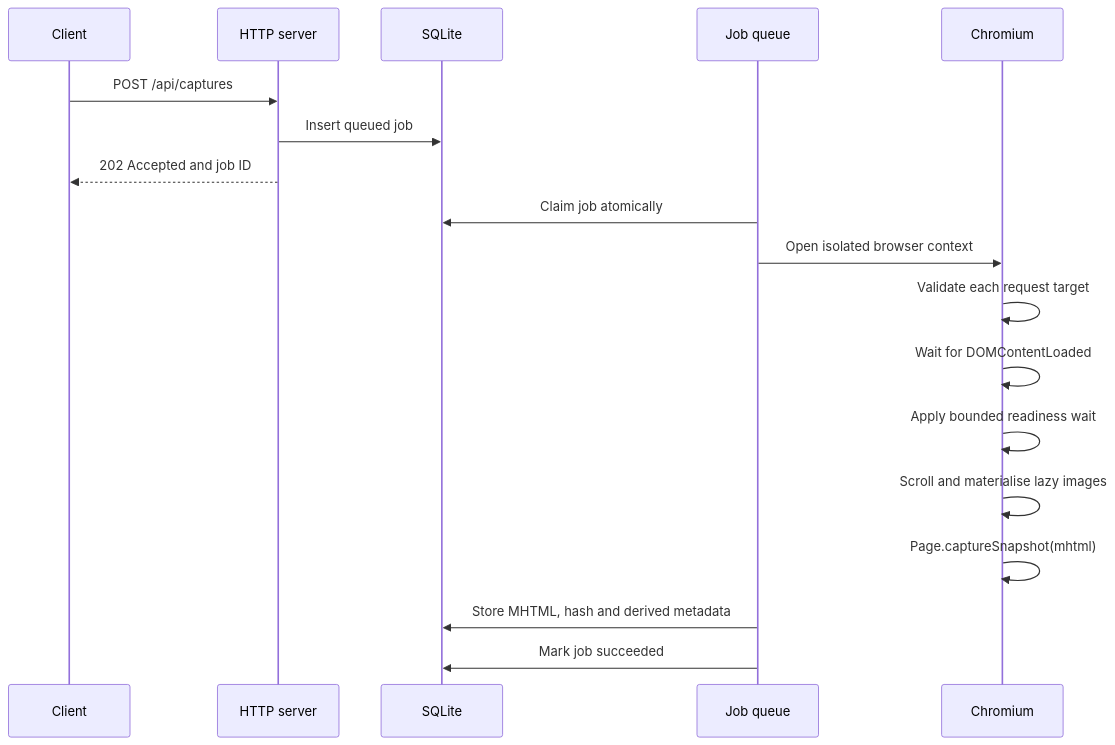
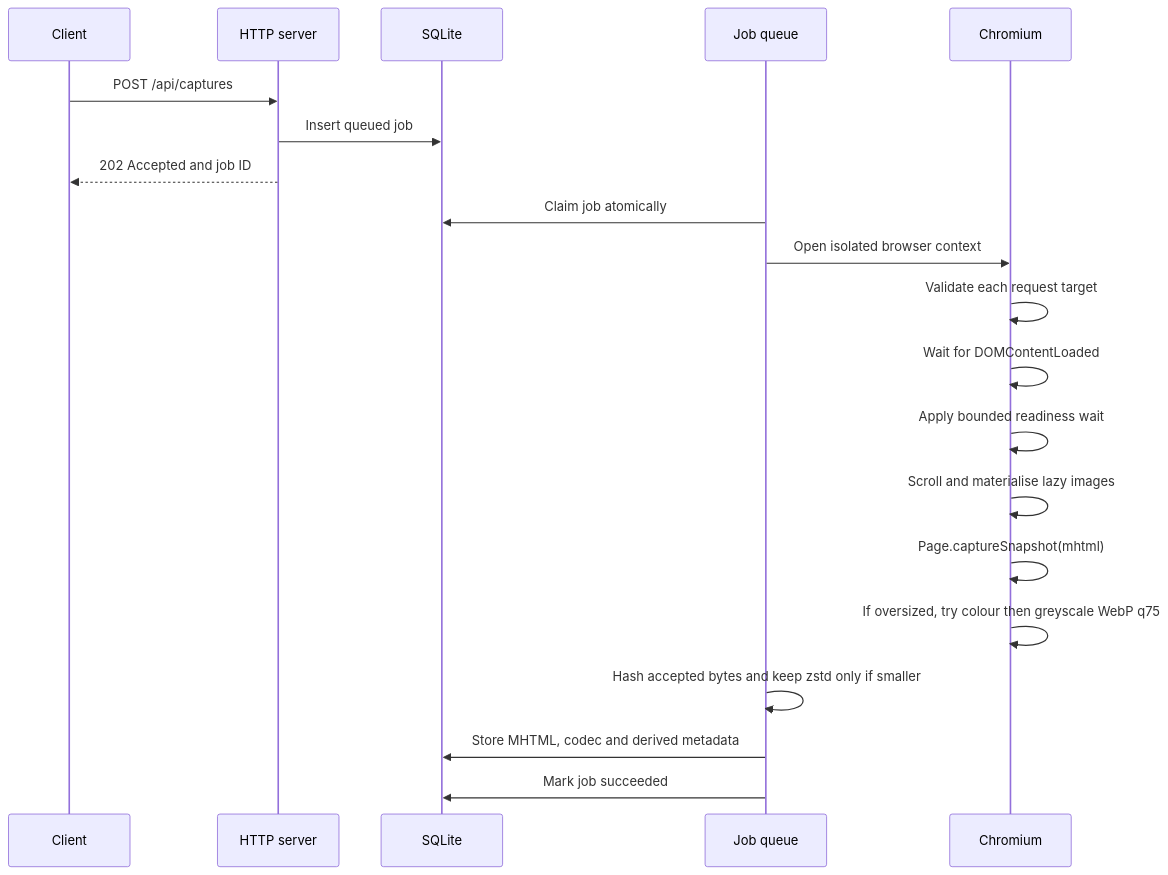
Before and after one commit to rcarmo/bun-packrat: the second of 3 diagrams in docs/architecture.md, drawn with Mermaid. The commit also changed other lines of this file and 36 other files, not shown here.

````diff
--- a/docs/architecture.md
+++ b/docs/architecture.md
@@ -26,21 +26,23 @@
 ```mermaid
 sequenceDiagram
     participant C as Client
     participant S as HTTP server
     participant D as SQLite
     participant Q as Job queue
     participant B as Chromium
 
     C->>S: POST /api/captures
     S->>D: Insert queued job
     S-->>C: 202 Accepted and job ID
     Q->>D: Claim job atomically
     Q->>B: Open isolated browser context
     B->>B: Validate each request target
     B->>B: Wait for DOMContentLoaded
     B->>B: Apply bounded readiness wait
     B->>B: Scroll and materialise lazy images
     B->>B: Page.captureSnapshot(mhtml)
-    Q->>D: Store MHTML, hash and derived metadata
+    B->>B: If oversized, try colour then greyscale WebP q75
+    Q->>Q: Hash accepted bytes and keep zstd only if smaller
+    Q->>D: Store MHTML, codec and derived metadata
     Q->>D: Mark job succeeded
 ```
````
